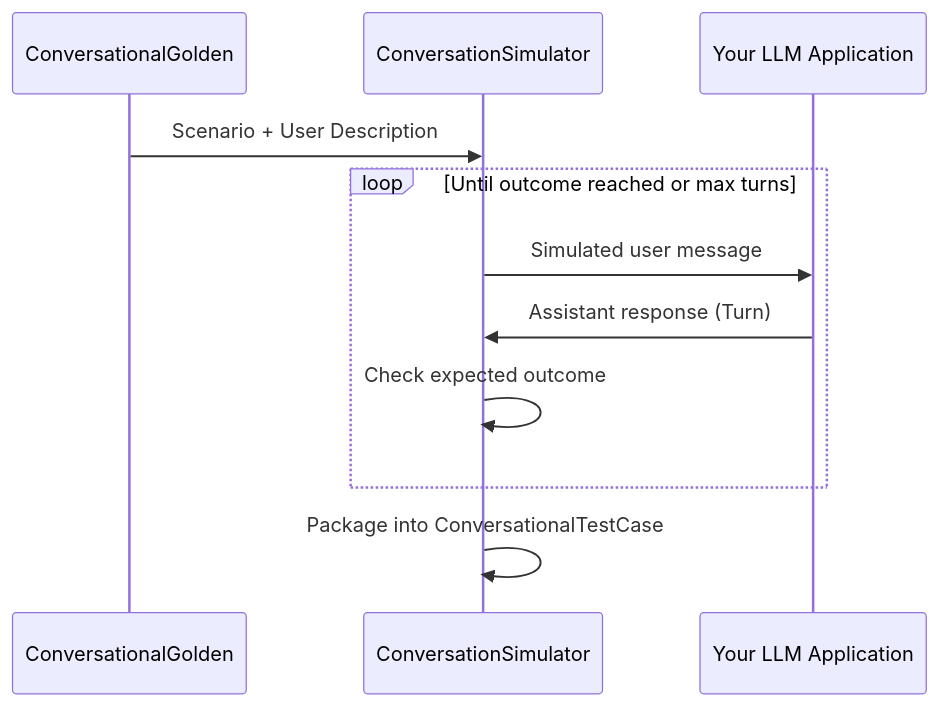
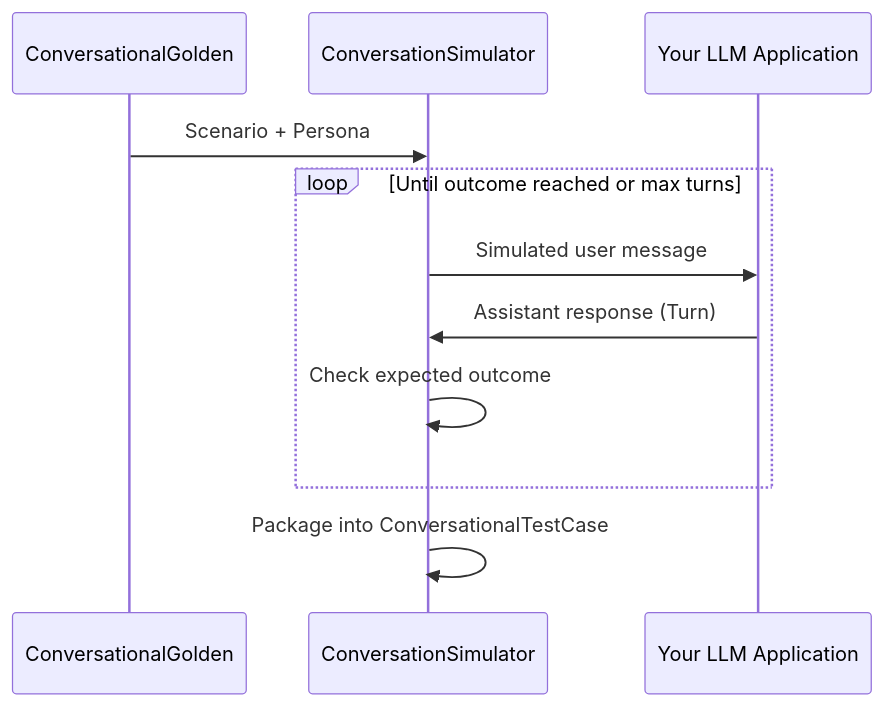
Before and after one commit to willow-marketplace/innovid: the diagram in plugins/deepeval/docs/content/guides/guides-multi-turn-simulation.mdx, drawn with Mermaid. The commit also changed other lines of this file and 947 other files, not shown here.

````diff
--- a/plugins/deepeval/docs/content/guides/guides-multi-turn-simulation.mdx
+++ b/plugins/deepeval/docs/content/guides/guides-multi-turn-simulation.mdx
@@ -85,14 +85,14 @@
 ```mermaid
 sequenceDiagram
     participant G as ConversationalGolden
     participant S as ConversationSimulator
     participant C as Your LLM Application
 
-    G->>S: Scenario + User Description
+    G->>S: Scenario + Persona
     loop Until outcome reached or max turns
         S->>C: Simulated user message
         C->>S: Assistant response (Turn)
         S->>S: Check expected outcome
     end
     S->>S: Package into ConversationalTestCase
 ```
````
